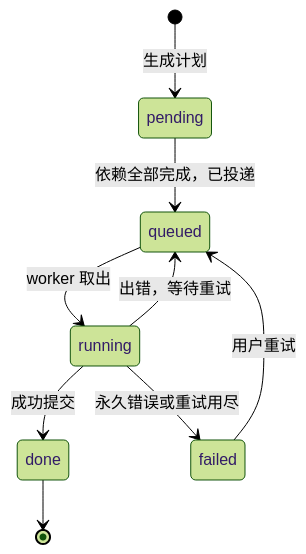
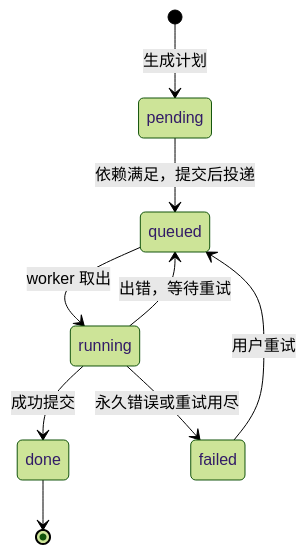
Before and after one commit to realOzine/videohelper: diagram 11 of 19 in docs/design.md, drawn with Mermaid (forest theme). The commit also changed 1 other file, not shown here.

Commit message:
docs: clarify queued transition and repair section link

````diff
--- a/docs/design.md
+++ b/docs/design.md
@@ -519,11 +519,11 @@
 ```mermaid
 stateDiagram-v2
   [*] --> pending: 生成计划
-  pending --> queued: 依赖全部完成，已投递
+  pending --> queued: 依赖满足，提交后投递
   queued --> running: worker 取出
   running --> done: 成功提交
   running --> queued: 出错，等待重试
   running --> failed: 永久错误或重试用尽
   failed --> queued: 用户重试
   done --> [*]
 ```
````
